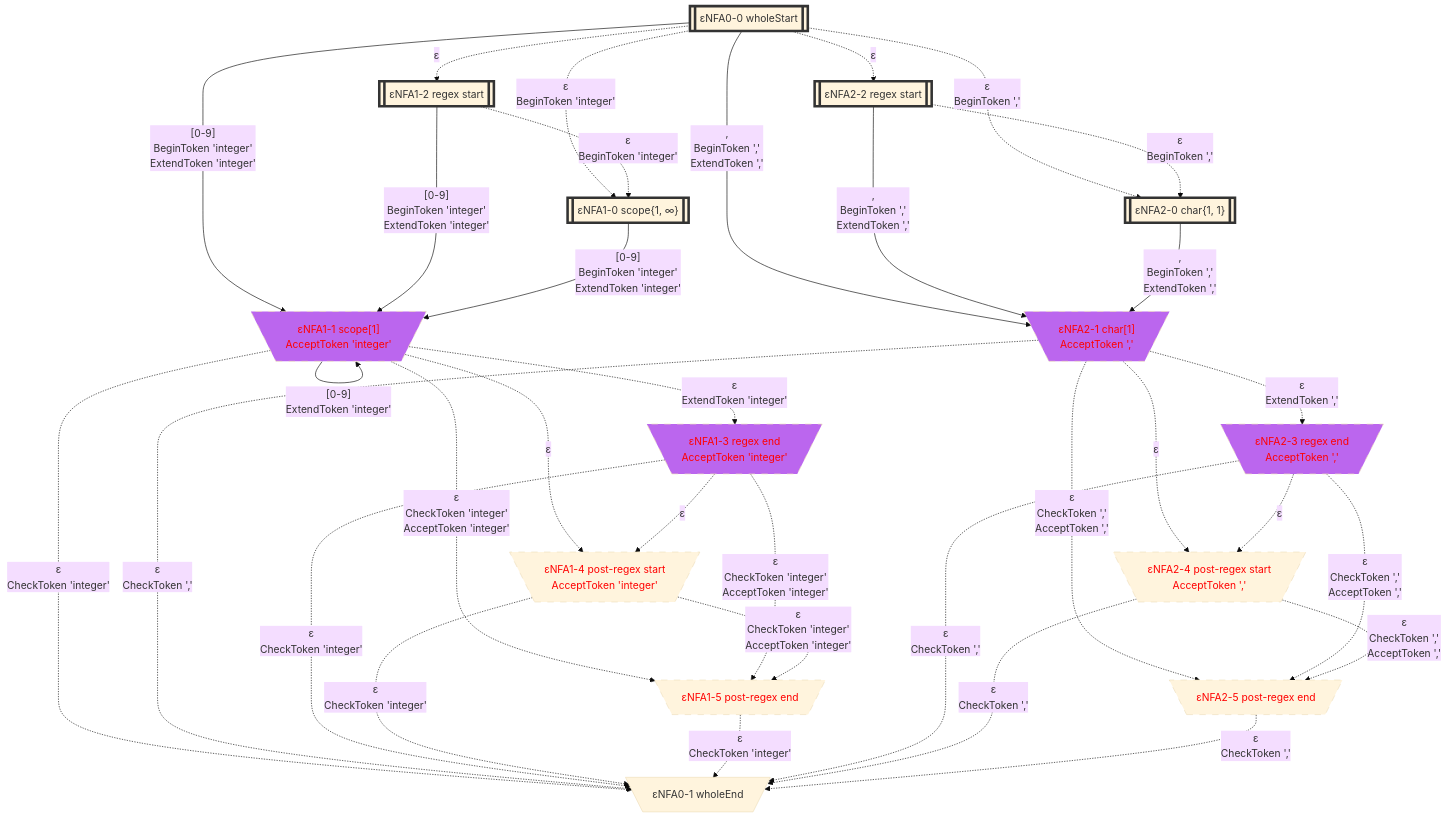
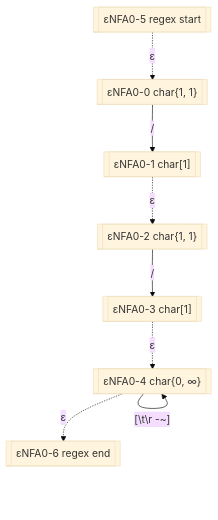
One commit to bitzhuwei/GrammarMentor changed the seventh of 15 diagrams in Practices/Practice.GeneratedXxxFormat.Test/GeneratedInts2/LexicalAnalyzer/README.gen.md. Above: the diagram before and after it, drawn with Mermaid (base theme). The commit also changed other lines of this file and 3868 other files, not shown here.

````diff
--- a/Practices/Practice.GeneratedXxxFormat.Test/GeneratedInts2/LexicalAnalyzer/README.gen.md
+++ b/Practices/Practice.GeneratedXxxFormat.Test/GeneratedInts2/LexicalAnalyzer/README.gen.md
@@ -209,110 +225,18 @@
 classDef c1101 stroke:#333,stroke-width:4px,fill:#BB66EE,color:#FF0000;
 classDef c1110 stroke:#333,stroke-width:4px,fill:#BB66EE,stroke-dasharray: 10 10;
 classDef c1111 stroke:#333,stroke-width:4px,fill:#BB66EE,stroke-dasharray: 10 10,color:#FF0000;
-eNFA0_0_34389978[["εNFA0-0 wholeStart"]]
-class eNFA0_0_34389978 c1000;
-eNFA1_2_34124810[["εNFA1-2 regex start"]]
-class eNFA1_2_34124810 c1000;
-eNFA2_2_41074347[["εNFA2-2 regex start"]]
-class eNFA2_2_41074347 c1000;
-eNFA1_0_12646235[["εNFA1-0 scope{1, ∞}"]]
-class eNFA1_0_12646235 c1000;
-eNFA2_0_43755553[["εNFA2-0 char{1, 1}"]]
-class eNFA2_0_43755553 c1000;
-eNFA1_1_38687839[\"εNFA1-1 scope[1]
-AcceptToken 'integer'"/]
-class eNFA1_1_38687839 c0111;
-eNFA2_1_58255659[\"εNFA2-1 char[1]
-AcceptToken ','"/]
-class eNFA2_1_58255659 c0111;
-eNFA1_3_46707255[\"εNFA1-3 regex end
-AcceptToken 'integer'"/]
-class eNFA1_3_46707255 c0111;
-eNFA1_4_27231349[\"εNFA1-4 post-regex start
-AcceptToken 'integer'"/]
-class eNFA1_4_27231349 c0011;
-eNFA1_5_25395326[\"εNFA1-5 post-regex end"/]
-class eNFA1_5_25395326 c0011;
-eNFA0_1_25191324[\"εNFA0-1 wholeEnd"/]
-eNFA2_3_54538884[\"εNFA2-3 regex end
-AcceptToken ','"/]
-class eNFA2_3_54538884 c0111;
-eNFA2_4_21087909[\"εNFA2-4 post-regex start
-AcceptToken ','"/]
-class eNFA2_4_21087909 c0011;
-eNFA2_5_17712116[\"εNFA2-5 post-regex end"/]
-class eNFA2_5_17712116 c0011;
-eNFA0_0_34389978 -.->|"ε"|eNFA1_2_34124810
-eNFA0_0_34389978 -.->|"ε"|eNFA2_2_41074347
-eNFA0_0_34389978 -.->|"ε
-BeginToken 'integer'"|eNFA1_0_12646235
-eNFA0_0_34389978 -.->|"ε
-BeginToken ','"|eNFA2_0_43755553
-eNFA0_0_34389978 -->|"[0-9]
-BeginToken 'integer'
-ExtendToken 'integer'"|eNFA1_1_38687839
-eNFA0_0_34389978 -->|",
-BeginToken ','
-ExtendToken ','"|eNFA2_1_58255659
-eNFA1_2_34124810 -.->|"ε
-BeginToken 'integer'"|eNFA1_0_12646235
-eNFA1_2_34124810 -->|"[0-9]
-BeginToken 'integer'
-ExtendToken 'integer'"|eNFA1_1_38687839
-eNFA2_2_41074347 -.->|"ε
-BeginToken ','"|eNFA2_0_43755553
-eNFA2_2_41074347 -->|",
-BeginToken ','
-ExtendToken ','"|eNFA2_1_58255659
-eNFA1_0_12646235 -->|"[0-9]
-BeginToken 'integer'
-ExtendToken 'integer'"|eNFA1_1_38687839
-eNFA2_0_43755553 -->|",
-BeginToken ','
-ExtendToken ','"|eNFA2_1_58255659
-eNFA1_1_38687839 -->|"[0-9]
-ExtendToken 'integer'"|eNFA1_1_38687839
-eNFA1_1_38687839 -.->|"ε
-ExtendToken 'integer'"|eNFA1_3_46707255
-eNFA1_1_38687839 -.->|"ε"|eNFA1_4_27231349
-eNFA1_1_38687839 -.->|"ε
-CheckToken 'integer'
-AcceptToken 'integer'"|eNFA1_5_25395326
-eNFA1_1_38687839 -.->|"ε
-CheckToken 'integer'"|eNFA0_1_25191324
-eNFA2_1_58255659 -.->|"ε
-ExtendToken ','"|eNFA2_3_54538884
-eNFA2_1_58255659 -.->|"ε"|eNFA2_4_21087909
-eNFA2_1_58255659 -.->|"ε
-CheckToken ','
-AcceptToken ','"|eNFA2_5_17712116
-eNFA2_1_58255659 -.->|"ε
-CheckToken ','"|eNFA0_1_25191324
-eNFA1_3_46707255 -.->|"ε"|eNFA1_4_27231349
-eNFA1_3_46707255 -.->|"ε
-CheckToken 'integer'
-AcceptToken 'integer'"|eNFA1_5_25395326
-eNFA1_3_46707255 -.->|"ε
-CheckToken 'integer'"|eNFA0_1_25191324
-eNFA1_4_27231349 -.->|"ε
-CheckToken 'integer'
-AcceptToken 'integer'"|eNFA1_5_25395326
-eNFA1_4_27231349 -.->|"ε
-CheckToken 'integer'"|eNFA0_1_25191324
-eNFA1_5_25395326 -.->|"ε
-CheckToken 'integer'"|eNFA0_1_25191324
-eNFA2_3_54538884 -.->|"ε"|eNFA2_4_21087909
-eNFA2_3_54538884 -.->|"ε
-CheckToken ','
-AcceptToken ','"|eNFA2_5_17712116
-eNFA2_3_54538884 -.->|"ε
-CheckToken ','"|eNFA0_1_25191324
-eNFA2_4_21087909 -.->|"ε
-CheckToken ','
-AcceptToken ','"|eNFA2_5_17712116
-eNFA2_4_21087909 -.->|"ε
-CheckToken ','"|eNFA0_1_25191324
-eNFA2_5_17712116 -.->|"ε
-CheckToken ','"|eNFA0_1_25191324
-
+eNFA0_5_10070188[["εNFA0-5 regex start"]]
+eNFA0_0_23522831[["εNFA0-0 char{1, 1}"]]
+eNFA0_1_10378893[["εNFA0-1 char[1]"]]
+eNFA0_2_26301173[["εNFA0-2 char{1, 1}"]]
+eNFA0_3_22140377[["εNFA0-3 char[1]"]]
+eNFA0_4_65045669[["εNFA0-4 char{0, ∞}"]]
+eNFA0_6_48540109[["εNFA0-6 regex end"]]
+eNFA0_5_10070188 -.->|"ε"|eNFA0_0_23522831
+eNFA0_0_23522831 -->|"/"|eNFA0_1_10378893
+eNFA0_1_10378893 -.->|"ε"|eNFA0_2_26301173
+eNFA0_2_26301173 -->|"/"|eNFA0_3_22140377
+eNFA0_3_22140377 -.->|"ε"|eNFA0_4_65045669
+eNFA0_4_65045669 -->|"[#92;t#92;r#32;-~]"|eNFA0_4_65045669
+eNFA0_4_65045669 -.->|"ε"|eNFA0_6_48540109
 ```
````
